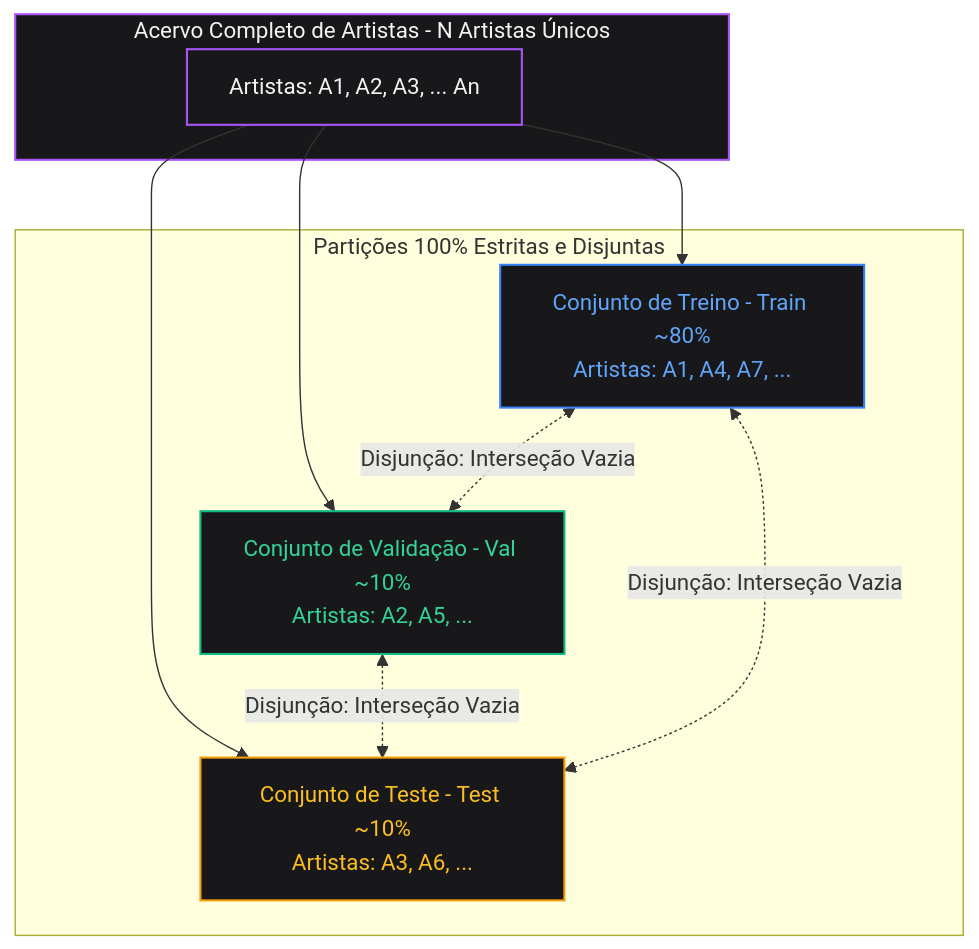
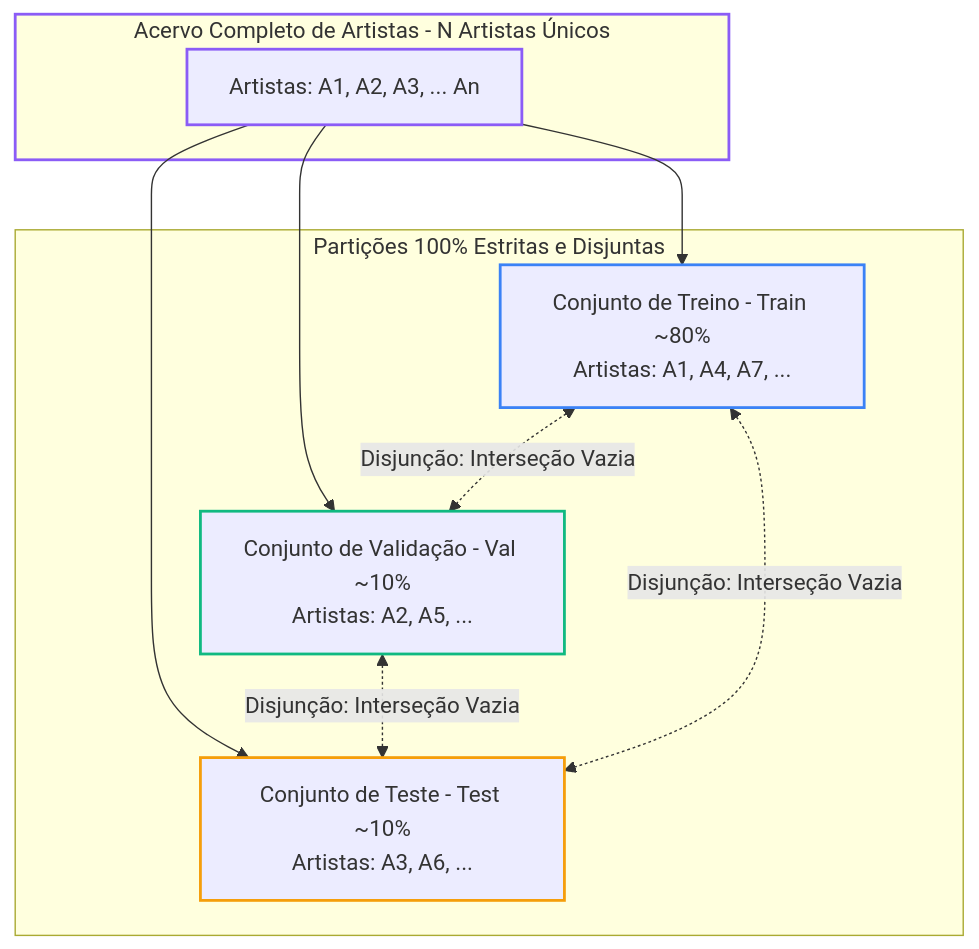
The first of 2 diagrams in docs/mlops-e-testes/invariantes.md (Oseiasdfarias/youfy), drawn with Mermaid before and after one commit. The commit also changed other lines of this file and 7 other files, not shown here.

Commit message:
style(docs): compatibilidade completa dos diagramas mermaid com tema claro e escuro

````diff
--- a/docs/mlops-e-testes/invariantes.md
+++ b/docs/mlops-e-testes/invariantes.md
@@ -28,29 +30,29 @@
 ```mermaid
 flowchart TD
     subgraph Catalog["Acervo Completo de Artistas - N Artistas Únicos"]
         Art["Artistas: A1, A2, A3, ... An"]
     end
 
     subgraph Splits["Partições 100% Estritas e Disjuntas"]
         Train["Conjunto de Treino - Train ~80%<br/>Artistas: A1, A4, A7, ..."]
         Val["Conjunto de Validação - Val ~10%<br/>Artistas: A2, A5, ..."]
         Test["Conjunto de Teste - Test ~10%<br/>Artistas: A3, A6, ..."]
     end
 
     Art --> Train
     Art --> Val
     Art --> Test
 
     Train <-.->|"Disjunção: Interseção Vazia"| Val
     Val <-.->|"Disjunção: Interseção Vazia"| Test
     Train <-.->|"Disjunção: Interseção Vazia"| Test
 
-    classDef catalog fill:#18181b,stroke:#a855f7,stroke-width:1.5px,color:#f4f4f5;
-    classDef train fill:#18181b,stroke:#3b82f6,stroke-width:1.5px,color:#60a5fa;
-    classDef val fill:#18181b,stroke:#10b981,stroke-width:1.5px,color:#34d399;
-    classDef test fill:#18181b,stroke:#f59e0b,stroke-width:1.5px,color:#fbbf24;
+    classDef catalog stroke:#8b5cf6,stroke-width:2px;
+    classDef train stroke:#3b82f6,stroke-width:2px;
+    classDef val stroke:#10b981,stroke-width:2px;
+    classDef test stroke:#f59e0b,stroke-width:2px;
     class Catalog,Art catalog;
     class Train train;
     class Val val;
     class Test test;
 ```
````
